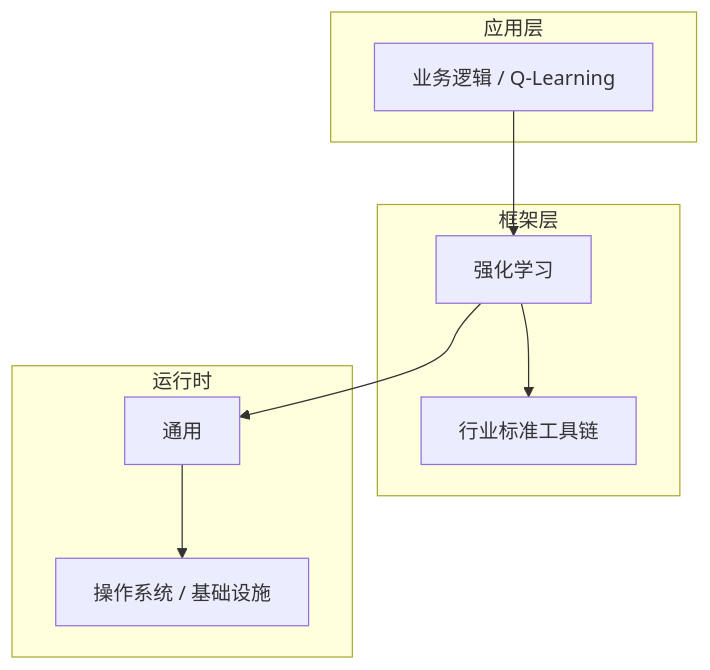
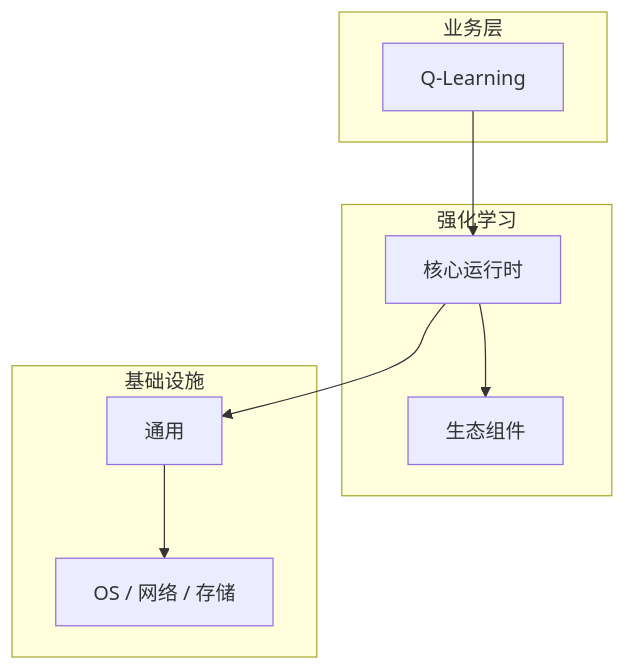
The diagram in articles/强化学习/chapters/016-Q-Learning核心概念与原理.md (yanggan2015/knowledge-json-v2), drawn with Mermaid before and after one commit. The commit also changed other lines of this file and 10127 other files, not shown here.

````diff
--- a/articles/强化学习/chapters/016-Q-Learning核心概念与原理.md
+++ b/articles/强化学习/chapters/016-Q-Learning核心概念与原理.md
@@ -45,18 +30,18 @@
 ```mermaid
 graph TB
-    subgraph 应用层
-        A[业务逻辑 / Q-Learning]
+    subgraph 业务层
+        A[Q-Learning]
     end
-    subgraph 框架层
-        B[强化学习]
-        C[行业标准工具链]
+    subgraph 强化学习
+        B[核心运行时]
+        C[生态组件]
     end
-    subgraph 运行时
+    subgraph 基础设施
         D[通用]
-        E[操作系统 / 基础设施]
+        E[OS / 网络 / 存储]
     end
     A --> B
     B --> C
     B --> D
     D --> E
 ```
````
